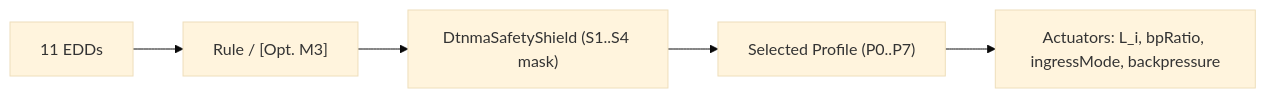
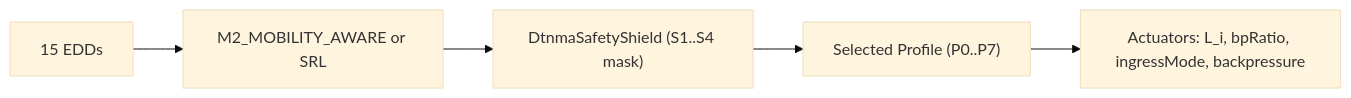
One commit to nafisshahriar/ADTNM changed the diagram in docs/study-guide/figures/mmd/fig04_edd_to_profile_pipeline.mmd. Above: the diagram before and after it, drawn with Mermaid (base theme). The commit also changed 186 other files, not shown here.

```diff
--- a/docs/study-guide/figures/mmd/fig04_edd_to_profile_pipeline.mmd
+++ b/docs/study-guide/figures/mmd/fig04_edd_to_profile_pipeline.mmd
@@ -1,5 +1,5 @@
 flowchart LR
-  EDDS["11 EDDs"] --> EVAL["Rule / [Opt. M3]"]
+  EDDS["15 EDDs"] --> EVAL["M2_MOBILITY_AWARE or SRL"]
   EVAL --> MASK["DtnmaSafetyShield (S1..S4 mask)"]
   MASK --> PROF["Selected Profile (P0..P7)"]
   PROF --> ACT["Actuators: L_i, bpRatio, ingressMode, backpressure"]
```
